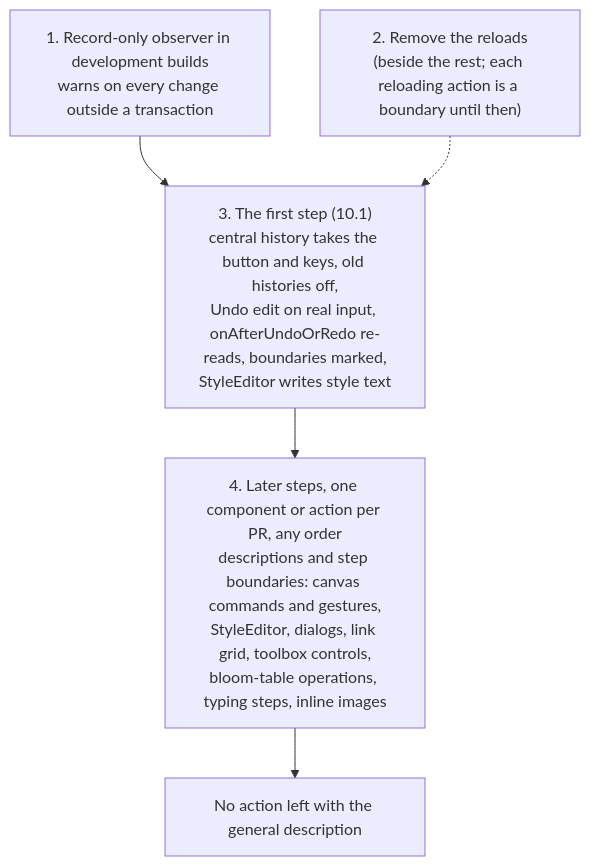
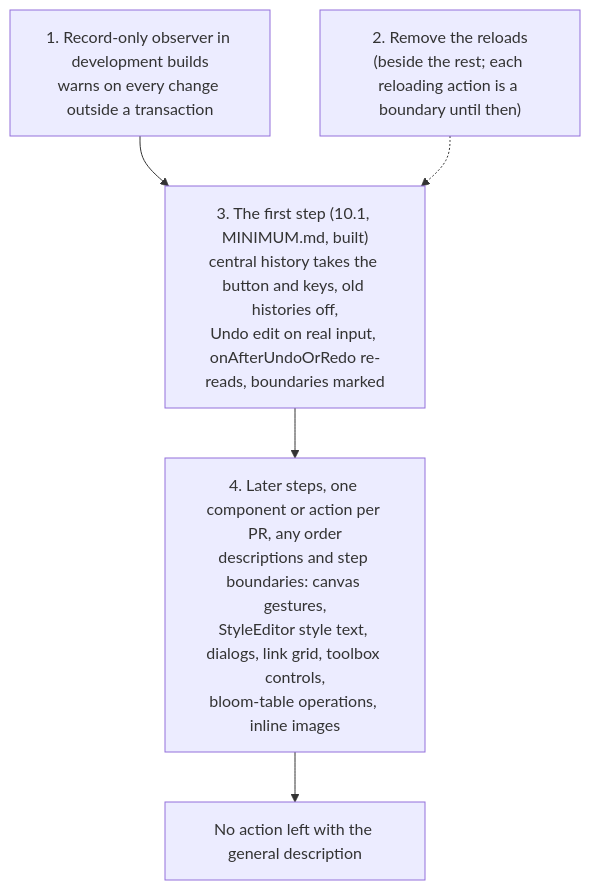
Before and after one commit to BloomBooks/BloomDesktop: the ninth of 10 diagrams in docs/undo/APPROACHES.md, drawn with Mermaid. The commit also changed other lines of this file and 4 other files, not shown here.

First line of the commit message:
Bring the undo design docs up to date with the built page history

````diff
--- a/docs/undo/APPROACHES.md
+++ b/docs/undo/APPROACHES.md
@@ -3122,7 +3204,7 @@
 ```mermaid
 flowchart TD
     A["1. Record-only observer in development builds<br/>warns on every change outside a transaction"] --> C
     B["2. Remove the reloads<br/>(beside the rest; each reloading action is a boundary until then)"] -.-> C
-    C["3. The first step (10.1)<br/>central history takes the button and keys, old histories off,<br/>Undo edit on real input, onAfterUndoOrRedo re-reads, boundaries marked,<br/>StyleEditor writes style text"] --> D
-    D["4. Later steps, one component or action per PR, any order<br/>descriptions and step boundaries: canvas commands and gestures,<br/>StyleEditor, dialogs, link grid, toolbox controls,<br/>bloom-table operations, typing steps, inline images"] --> E["No action left with the general description"]
+    C["3. The first step (10.1, MINIMUM.md, built)<br/>central history takes the button and keys, old histories off,<br/>Undo edit on real input, onAfterUndoOrRedo re-reads, boundaries marked"] --> D
+    D["4. Later steps, one component or action per PR, any order<br/>descriptions and step boundaries: canvas gestures,<br/>StyleEditor style text, dialogs, link grid, toolbox controls,<br/>bloom-table operations, inline images"] --> E["No action left with the general description"]
 ```
````
